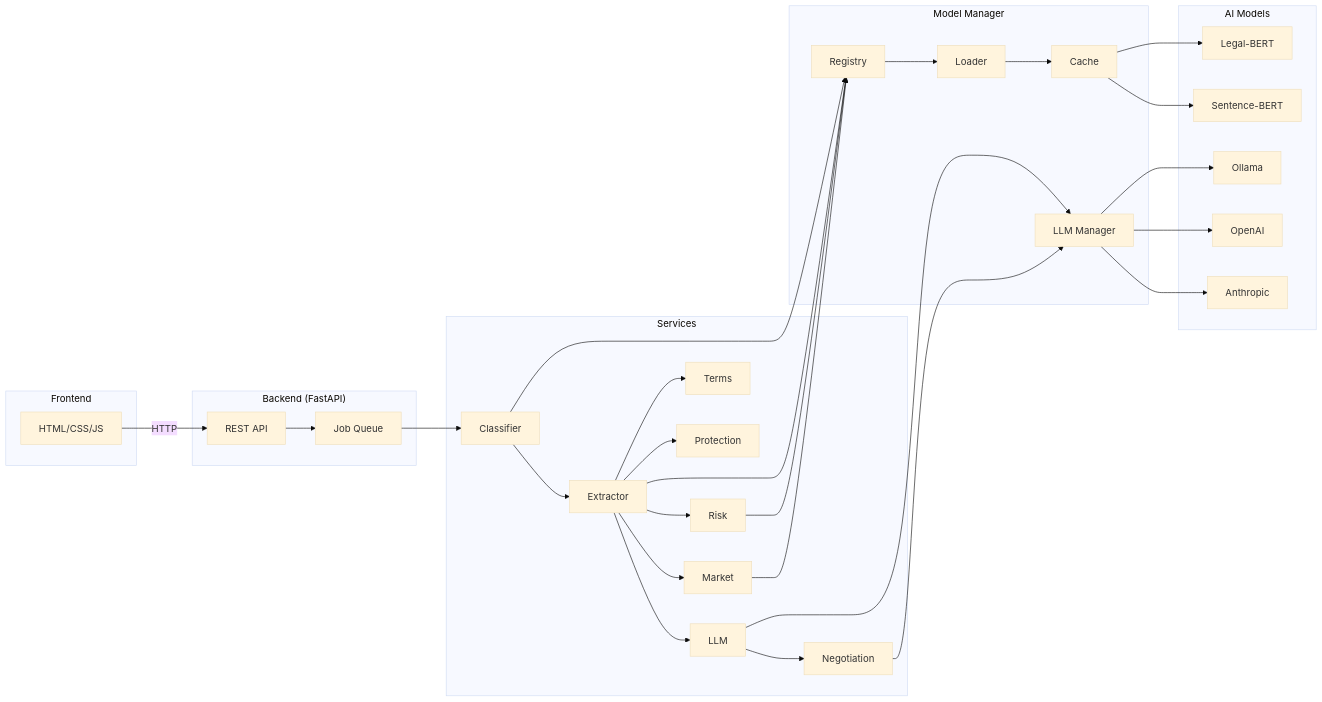
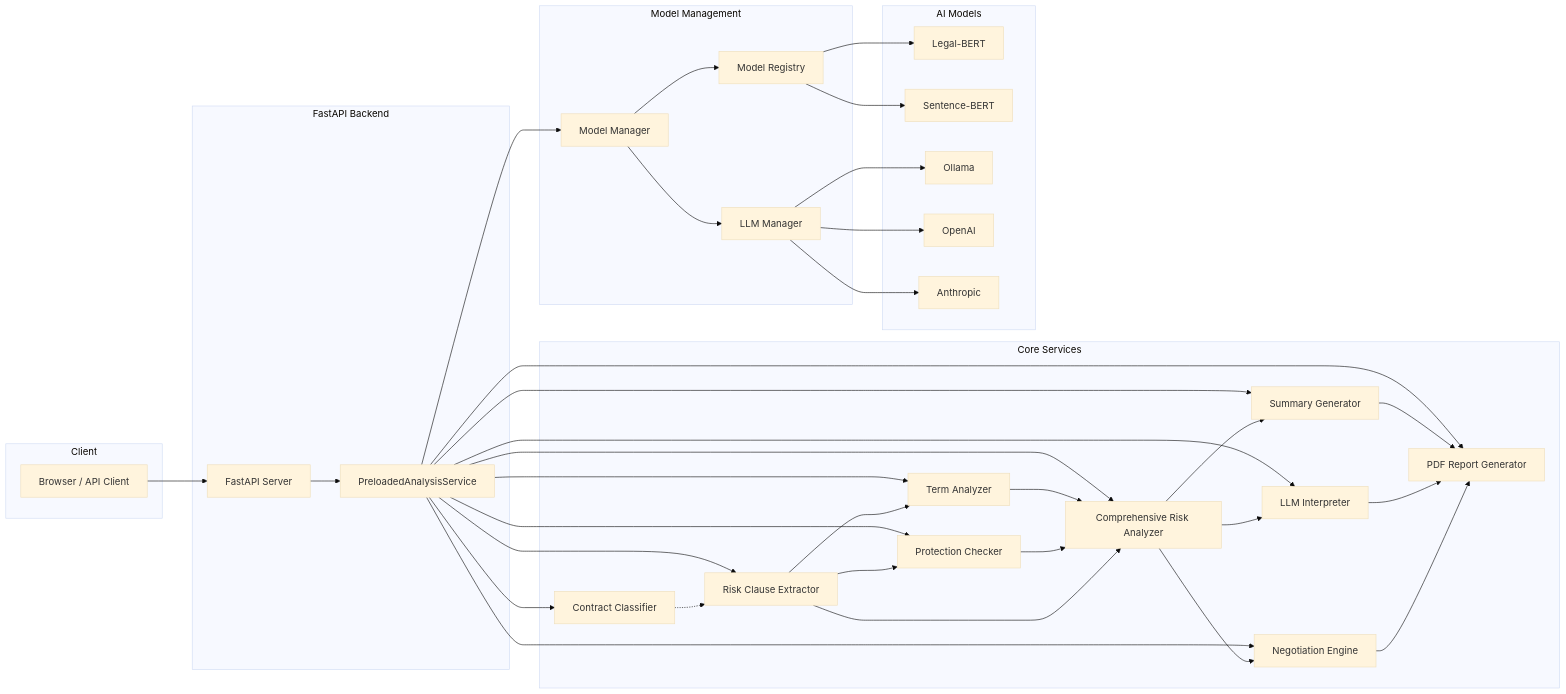
Before and after one commit to itobuztech/contract-guard-ai: the second of 2 diagrams in README.md, drawn with Mermaid (base theme). The commit also changed other lines of this file and 21 other files, not shown here.

````diff
--- a/README.md
+++ b/README.md
@@ -156,64 +170,73 @@
 ```mermaid
 graph LR
-    subgraph "Frontend"
-        UI[HTML/CSS/JS]
+    subgraph "Client"
+        UI[Browser / API Client]
     end
-    
-    subgraph "Backend (FastAPI)"
-        API[REST API]
-        Jobs[Job Queue]
+
+    subgraph "FastAPI Backend"
+        API[FastAPI Server]
+        PAS[PreloadedAnalysisService]
     end
-    
-    subgraph "Services"
-        C[Classifier]
-        E[Extractor]
-        R[Risk]
-        T[Terms]
-        P[Protection]
-        L[LLM]
-        N[Negotiation]
-        M[Market]
+
+    subgraph "Core Services"
+        CC[Contract Classifier]
+        RCE[Risk Clause Extractor]
+        TA[Term Analyzer]
+        PC[Protection Checker]
+        RA[Comprehensive Risk Analyzer]
+        SG[Summary Generator]
+        LI[LLM Interpreter]
+        NE[Negotiation Engine]
+        PR[PDF Report Generator]
     end
-    
-    subgraph "Model Manager"
-        Reg[Registry]
-        Load[Loader]
-        Cache[Cache]
-        LLMMgr[LLM Manager]
+
+    subgraph "Model Management"
+        MM[Model Manager]
+        MR[Model Registry]
+        LM[LLM Manager]
     end
-    
+
     subgraph "AI Models"
-        BERT[Legal-BERT]
-        SBERT[Sentence-BERT]
-        Ollama[Ollama]
-        OpenAI[OpenAI]
-        Claude[Anthropic]
+        LB[Legal-BERT]
+        ST[Sentence-BERT]
+        OLM[Ollama]
+        OAI[OpenAI]
+        ANT[Anthropic]
     end
-    
-    UI -->|HTTP| API
-    API --> Jobs
-    Jobs --> C
-    C --> E
-    E --> R
-    E --> T
-    E --> P
-    E --> M
-    E --> L
-    L --> N
-    
-    C --> Reg
-    E --> Reg
-    R --> Reg
-    M --> Reg
-    L --> LLMMgr
-    N --> LLMMgr
-    
-    Reg --> Load
-    Load --> Cache
-    Cache --> BERT
-    Cache --> SBERT
-    
-    LLMMgr --> Ollama
-    LLMMgr --> OpenAI
-    LLMMgr --> Claude
+
+    UI --> API
+    API --> PAS
+    PAS --> CC
+    PAS --> RCE
+    PAS --> TA
+    PAS --> PC
+    PAS --> RA
+    PAS --> SG
+    PAS --> LI
+    PAS --> NE
+    PAS --> PR
+
+    CC -.-> RCE
+    RCE --> TA
+    RCE --> PC
+    TA --> RA
+    PC --> RA
+    RCE --> RA
+
+    RA --> SG
+    RA --> LI
+    RA --> NE
+    SG --> PR
+    LI --> PR
+    NE --> PR
+
+    PAS --> MM
+    MM --> MR
+    MM --> LM
+
+    MR --> LB
+    MR --> ST
+    LM --> OLM
+    LM --> OAI
+    LM --> ANT
 ```
````
